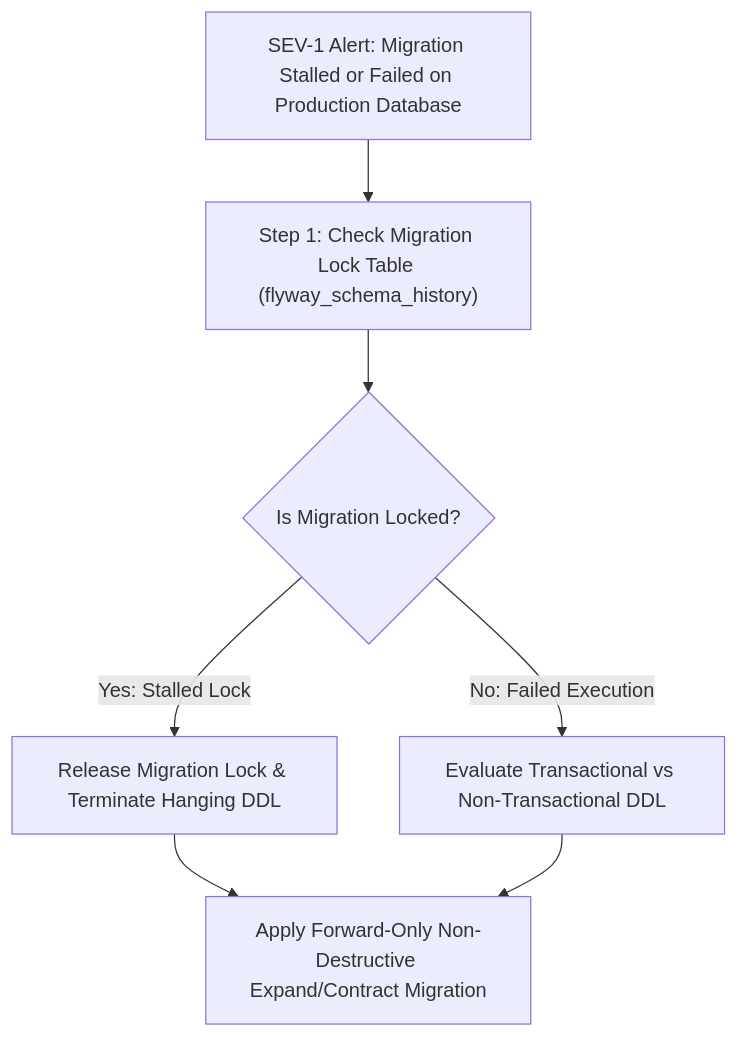
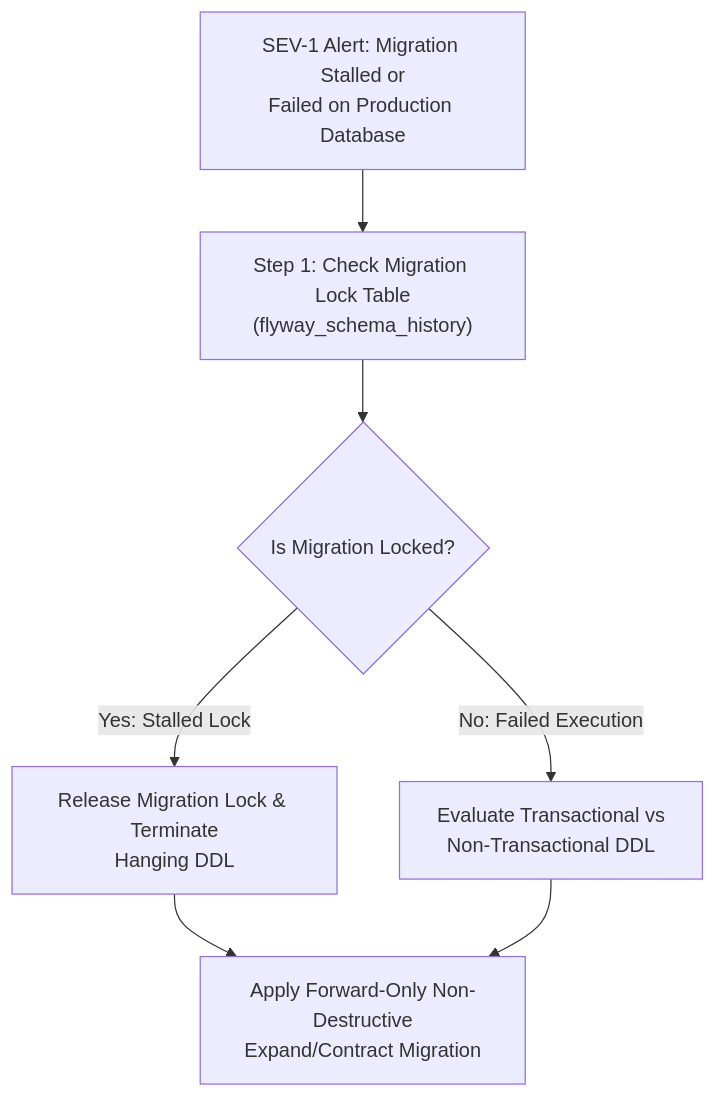
One commit to santoshjammi29/dataops-cicd-handbook changed the diagram in runbooks/02_production_schema_migration_rollback_triage.md. Above: the diagram before and after it, drawn with Mermaid. The commit also changed 11 other files, not shown here.

Commit message:
fix(diagrams): word-wrap labels and escape comparison operators across all diagrams

````diff
--- a/runbooks/02_production_schema_migration_rollback_triage.md
+++ b/runbooks/02_production_schema_migration_rollback_triage.md
@@ -12,11 +12,11 @@
 ```mermaid
 flowchart TD
-    Alert["SEV-1 Alert: Migration Stalled or Failed on Production Database"] --> CheckLock["Step 1: Check Migration Lock Table (flyway_schema_history)"]
+    Alert["SEV-1 Alert: Migration Stalled or<br/>Failed on Production Database"] --> CheckLock["Step 1: Check Migration Lock Table<br/>(flyway_schema_history)"]
     CheckLock --> IsLocked{"Is Migration Locked?"}
 
-    IsLocked -->|"Yes: Stalled Lock"| UnlockMigration["Release Migration Lock & Terminate Hanging DDL"]
-    IsLocked -->|"No: Failed Execution"| EvaluateDDL["Evaluate Transactional vs Non-Transactional DDL"]
+    IsLocked -->|"Yes: Stalled Lock"| UnlockMigration["Release Migration Lock & Terminate<br/>Hanging DDL"]
+    IsLocked -->|"No: Failed Execution"| EvaluateDDL["Evaluate Transactional vs<br/>Non-Transactional DDL"]
 
-    UnlockMigration --> ForwardOnlyFix["Apply Forward-Only Non-Destructive Expand/Contract Migration"]
+    UnlockMigration --> ForwardOnlyFix["Apply Forward-Only Non-Destructive<br/>Expand/Contract Migration"]
     EvaluateDDL --> ForwardOnlyFix
 ```
````
